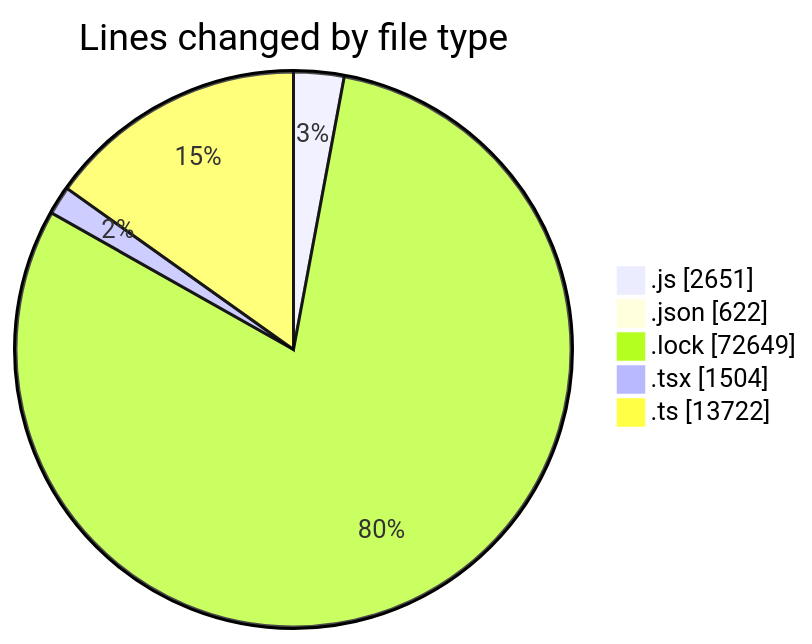
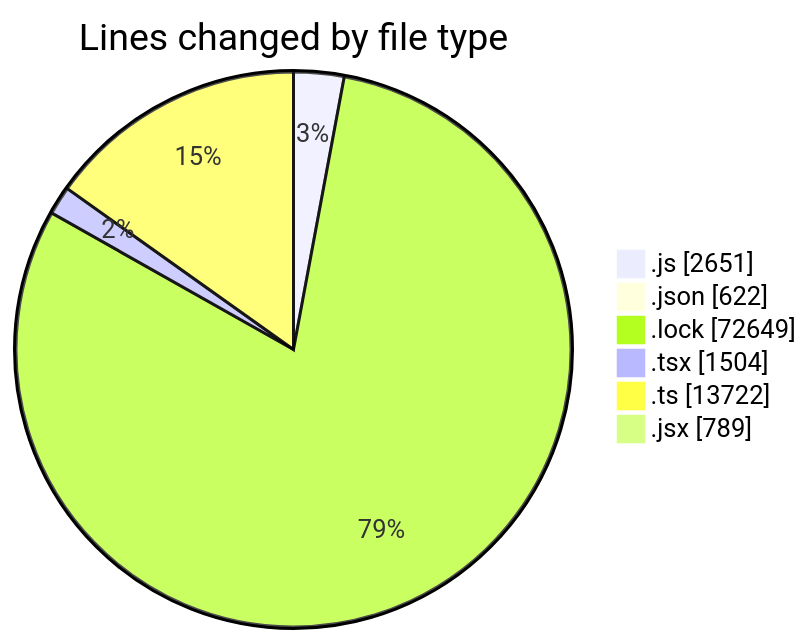
Before and after one commit to momahboobian/code-tracking: the first of 2 diagrams in 2025-12-18/cda/README.md, drawn with Mermaid. The commit also changed other lines of this file and 1 other file, not shown here.

````diff
--- a/2025-12-18/cda/README.md
+++ b/2025-12-18/cda/README.md
@@ -62,9 +72,10 @@
 ```mermaid
 pie showData
 title Lines changed by file type
 ".js" : 2651
 ".json" : 622
 ".lock" : 72649
 ".tsx" : 1504
 ".ts" : 13722
+".jsx" : 789
 ```
````
